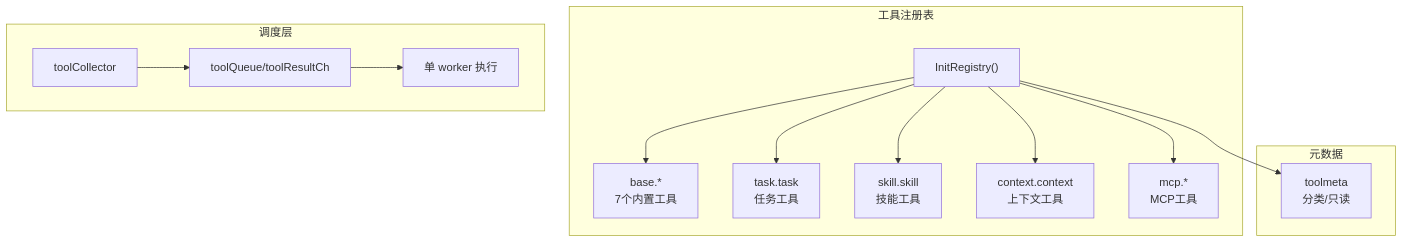
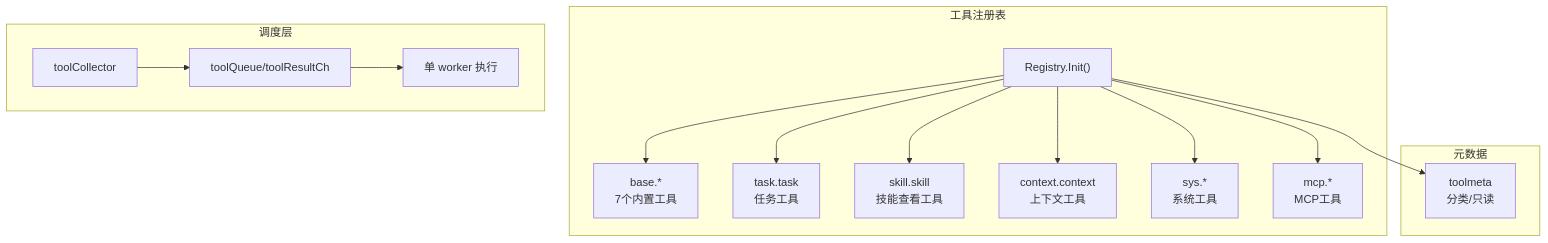
The diagram in doc/tools.md (Ozqi/5hAgent), drawn with Mermaid before and after one commit. The commit also changed other lines of this file and 11 other files, not shown here.

````diff
--- a/doc/tools.md
+++ b/doc/tools.md
@@ -5,31 +5,33 @@
 ```mermaid
 flowchart TB
     subgraph Registry["工具注册表"]
-        init["InitRegistry()"]
+        init["Registry.Init()"]
         base["base.*<br/>7个内置工具"]
         task["task.task<br/>任务工具"]
-        skill["skill.skill<br/>技能工具"]
+        skill["skill.skill<br/>技能查看工具"]
         context["context.context<br/>上下文工具"]
+        sys["sys.*<br/>系统工具"]
         mcp["mcp.*<br/>MCP工具"]
     end
 
     subgraph Meta["元数据"]
         tm["toolmeta<br/>分类/只读"]
     end
 
     subgraph Dispatch["调度层"]
         collect["toolCollector"]
         queue["toolQueue/toolResultCh"]
         worker["单 worker 执行"]
     end
 
     init --> base
     init --> task
     init --> skill
+    init --> sys
     init --> context
     init --> mcp
     init --> tm
 
     collect --> queue
     queue --> worker
 ```
````
